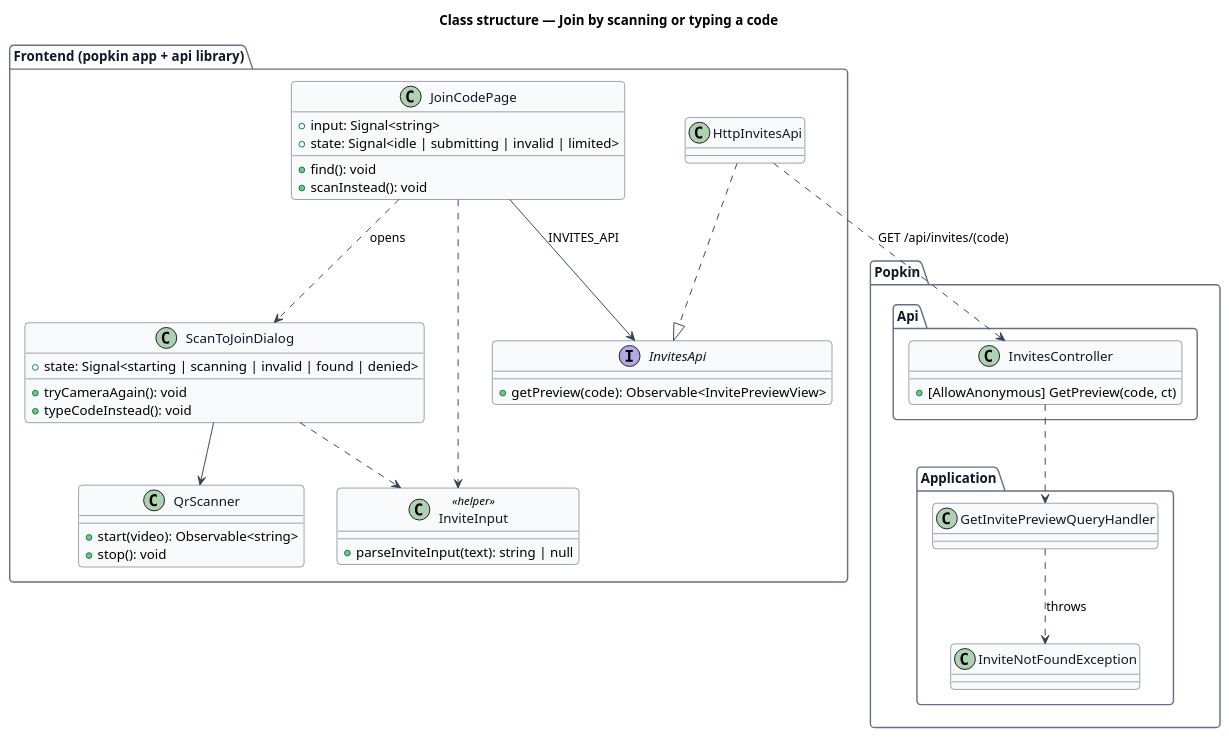
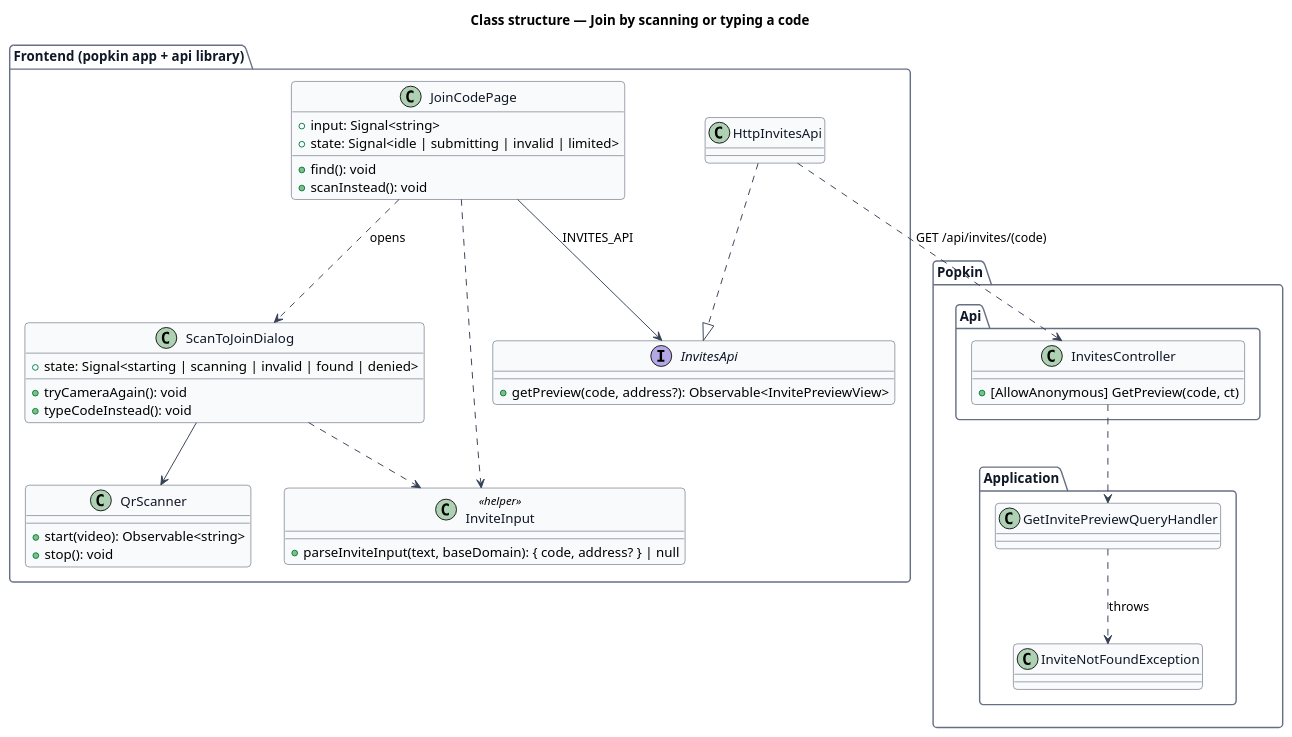
The diagram in docs/detailed-designs/invitations/join-by-code/diagrams/class-structure.puml (QuinntyneBrown/popkin), drawn with PlantUML before and after one commit. The commit also changed 71 other files, not shown here.

```diff
--- a/docs/detailed-designs/invitations/join-by-code/diagrams/class-structure.puml
+++ b/docs/detailed-designs/invitations/join-by-code/diagrams/class-structure.puml
@@ -1,63 +1,63 @@
 @startuml
 ' --- shared skin header ---
 skinparam backgroundColor #FFFFFF
 skinparam shadowing false
 skinparam roundcorner 8
 skinparam defaultFontName Arial
 skinparam ArrowColor #344054
 skinparam class {
   BorderColor #344054
   FontColor #101828
   BackgroundColor #F9FAFB
 }
 skinparam package {
   BorderColor #667085
   FontColor #101828
   BackgroundColor #FFFFFF
 }
 ' --------------------------
 title Class structure — Join by scanning or typing a code
 
 package "Frontend (popkin app + api library)" {
   class ScanToJoinDialog {
     +state: Signal<starting | scanning | invalid | found | denied>
     +tryCameraAgain(): void
     +typeCodeInstead(): void
   }
   class JoinCodePage {
     +input: Signal<string>
     +state: Signal<idle | submitting | invalid | limited>
     +find(): void
     +scanInstead(): void
   }
   class QrScanner {
     +start(video): Observable<string>
     +stop(): void
   }
   class InviteInput <<helper>> {
-    +parseInviteInput(text): string | null
+    +parseInviteInput(text, baseDomain): { code, address? } | null
   }
   interface InvitesApi {
-    +getPreview(code): Observable<InvitePreviewView>
+    +getPreview(code, address?): Observable<InvitePreviewView>
   }
   class HttpInvitesApi
 }
 package "Popkin.Api" {
   class InvitesController {
     +[AllowAnonymous] GetPreview(code, ct)
   }
 }
 package "Popkin.Application" {
   class GetInvitePreviewQueryHandler
   class InviteNotFoundException
 }
 ScanToJoinDialog --> QrScanner
 ScanToJoinDialog ..> InviteInput
 JoinCodePage ..> InviteInput
 JoinCodePage --> InvitesApi : INVITES_API
 JoinCodePage ..> ScanToJoinDialog : opens
 HttpInvitesApi ..|> InvitesApi
 HttpInvitesApi ..> InvitesController : GET /api/invites/(code)
 InvitesController ..> GetInvitePreviewQueryHandler
 GetInvitePreviewQueryHandler ..> InviteNotFoundException : throws
 @enduml
```
